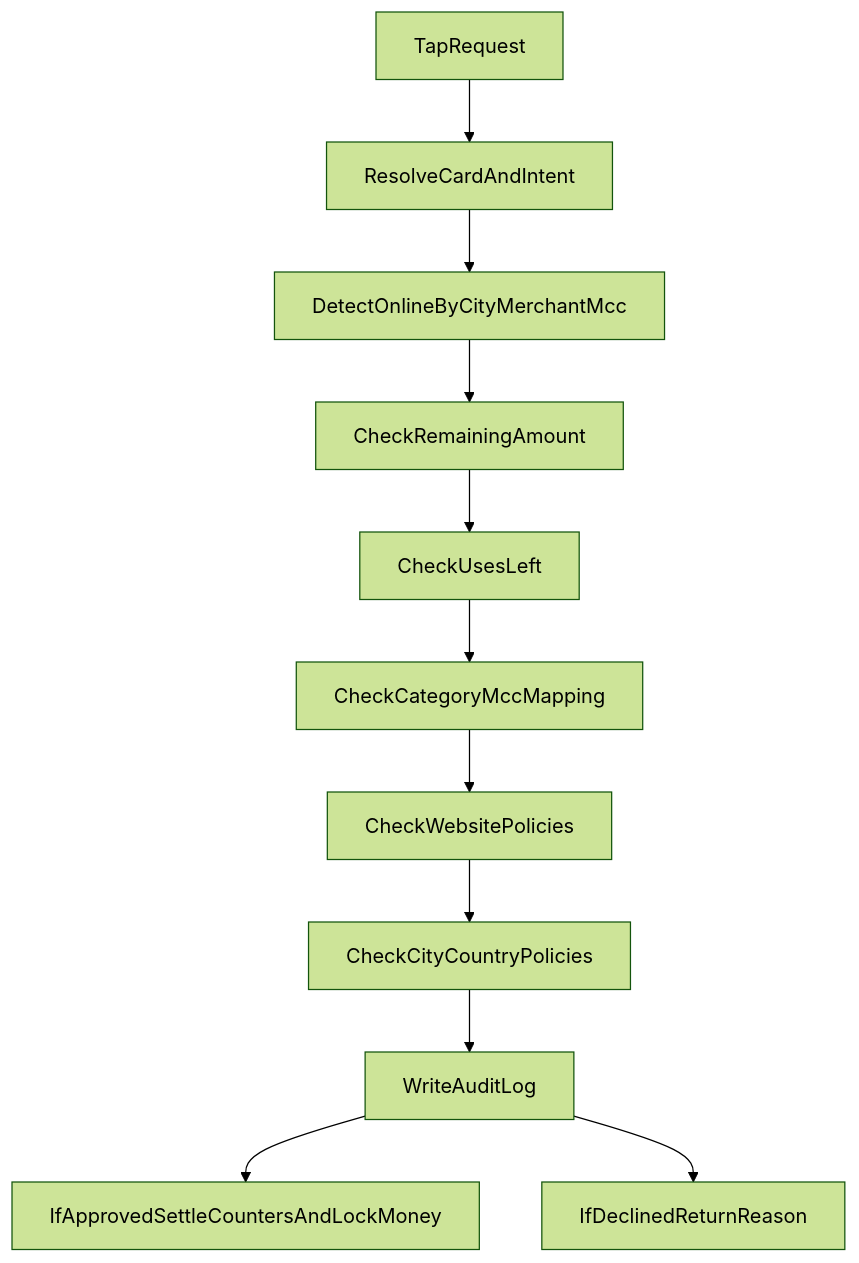
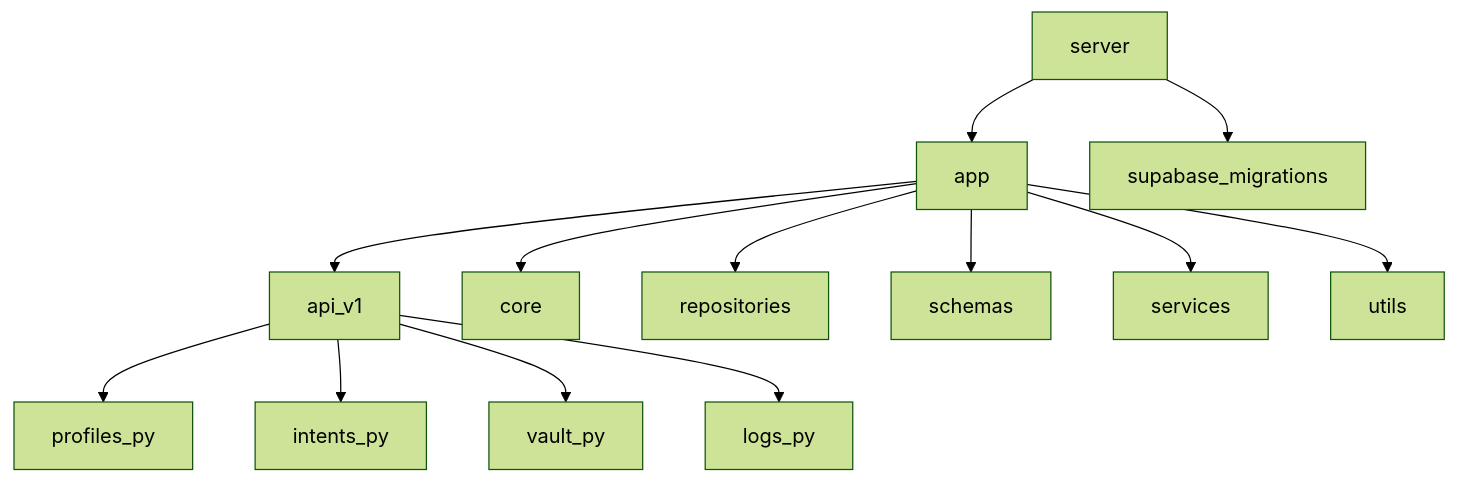
Before and after one commit to Arammic/intpay: the second of 2 diagrams in server/README.md, drawn with Mermaid (forest theme). The commit also changed other lines of this file, not shown here.

````diff
--- a/server/README.md
+++ b/server/README.md
@@ -306,13 +340,15 @@
 ```mermaid
 flowchart TD
-    tapRequest[TapRequest] --> resolveCard[ResolveCardAndIntent]
-    resolveCard --> detectOnline[DetectOnlineByCityMerchantMcc]
-    detectOnline --> checkAmount[CheckRemainingAmount]
-    checkAmount --> checkUses[CheckUsesLeft]
-    checkUses --> checkCategory[CheckCategoryMccMapping]
-    checkCategory --> checkWebsite[CheckWebsitePolicies]
-    checkWebsite --> checkGeo[CheckCityCountryPolicies]
-    checkGeo --> writeAudit[WriteAuditLog]
-    writeAudit --> approvedPath[IfApprovedSettleCountersAndLockMoney]
-    writeAudit --> declinedPath[IfDeclinedReturnReason]
+serverRoot[server] --> appDir[app]
+serverRoot --> migrationsDir[supabase_migrations]
+appDir --> apiDir[api_v1]
+appDir --> coreDir[core]
+appDir --> repoDir[repositories]
+appDir --> schemasDir[schemas]
+appDir --> servicesDir[services]
+appDir --> utilsDir[utils]
+apiDir --> profilesEndpoint[profiles_py]
+apiDir --> intentsEndpoint[intents_py]
+apiDir --> vaultEndpoint[vault_py]
+apiDir --> logsEndpoint[logs_py]
 ```
````
